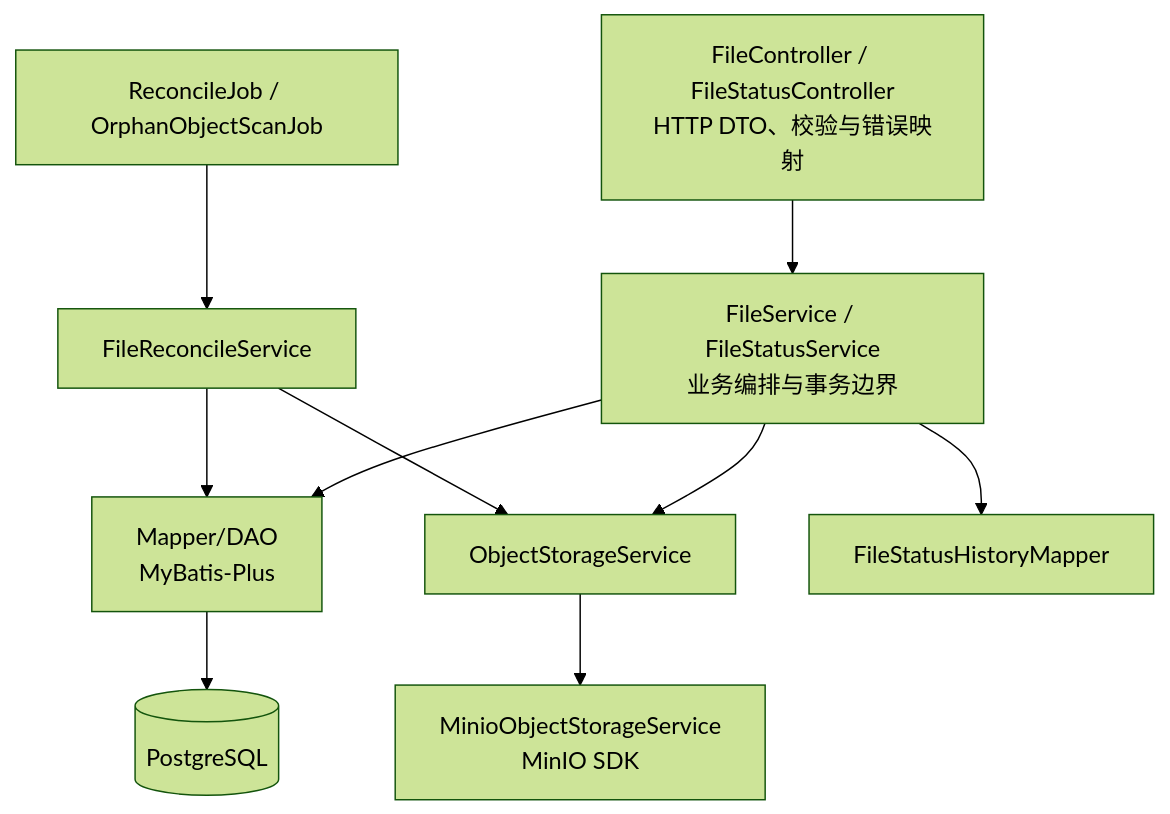
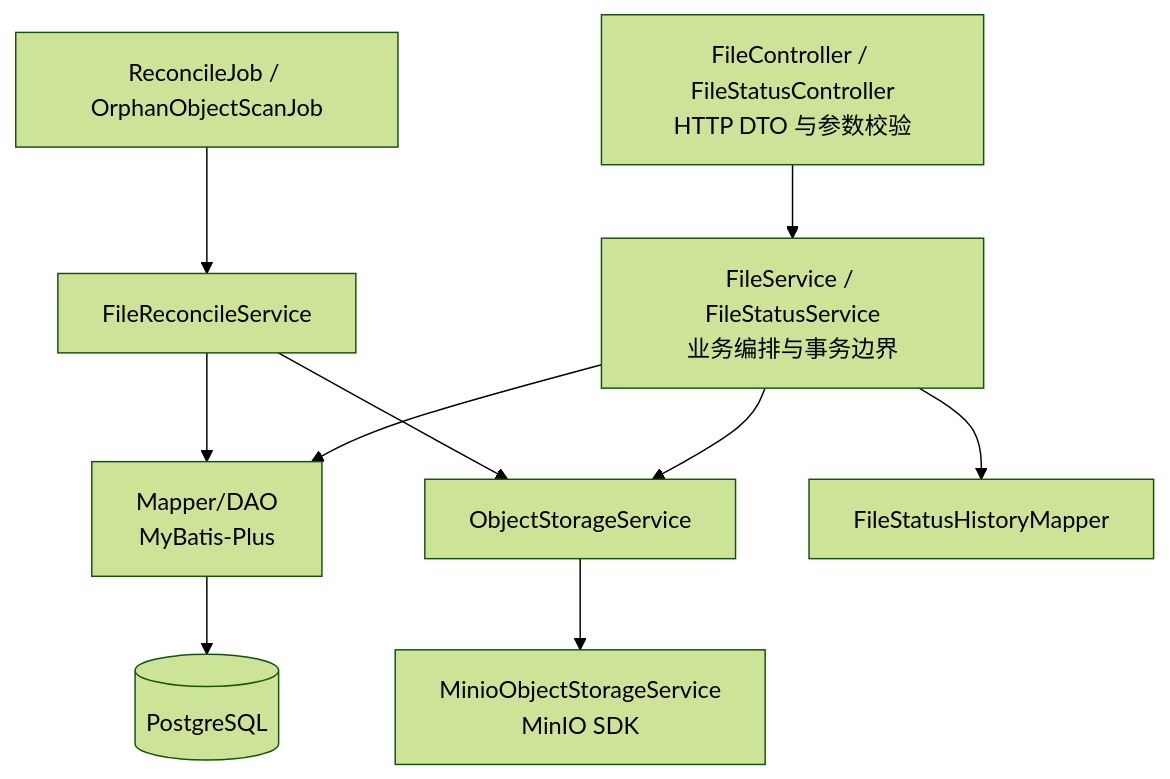
Before and after one commit to crudboy008/file-center-service: the second of 3 diagrams in docs/V0.1.0/hld/HLD-001-系统架构与技术版本基线.md, drawn with Mermaid (forest theme). The commit also changed other lines of this file and 8 other files, not shown here.

````diff
--- a/docs/V0.1.0/hld/HLD-001-系统架构与技术版本基线.md
+++ b/docs/V0.1.0/hld/HLD-001-系统架构与技术版本基线.md
@@ -74,12 +111,12 @@
 ```mermaid
 flowchart TD
-    C[FileController / FileStatusController<br/>HTTP DTO、校验与错误映射] --> S[FileService / FileStatusService<br/>业务编排与事务边界]
+    C[FileController / FileStatusController<br/>HTTP DTO 与参数校验] --> S[FileService / FileStatusService<br/>业务编排与事务边界]
     S --> M[Mapper/DAO<br/>MyBatis-Plus]
     M --> PG[(PostgreSQL)]
     S --> OS[ObjectStorageService]
     OS --> MI[MinioObjectStorageService<br/>MinIO SDK]
     J[ReconcileJob / OrphanObjectScanJob] --> RS[FileReconcileService]
     RS --> M
     RS --> OS
     S --> H[FileStatusHistoryMapper]
 ```
````
